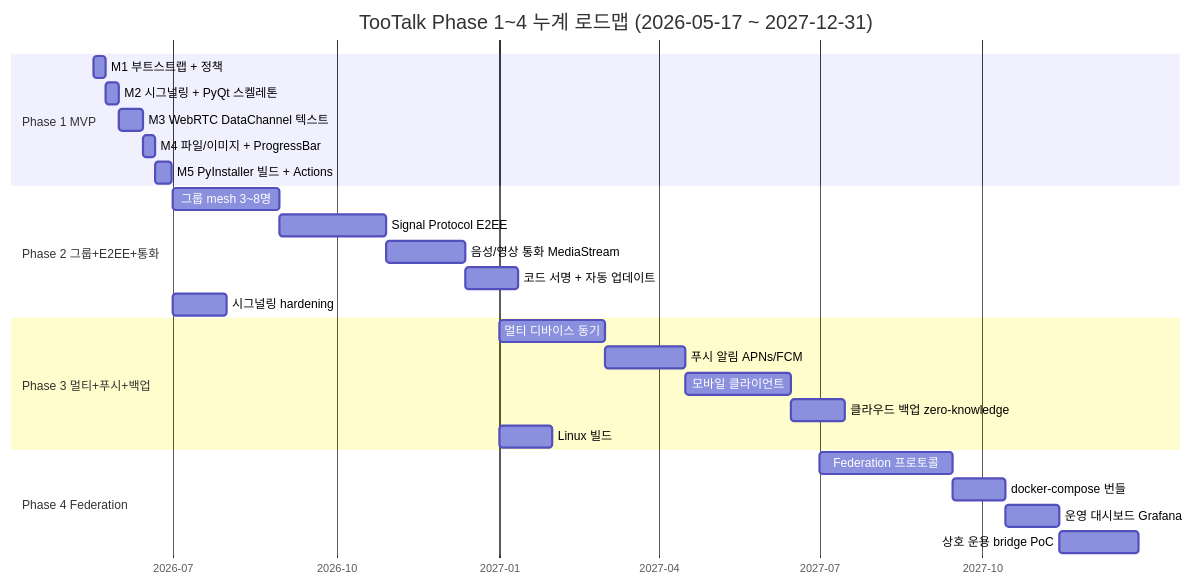
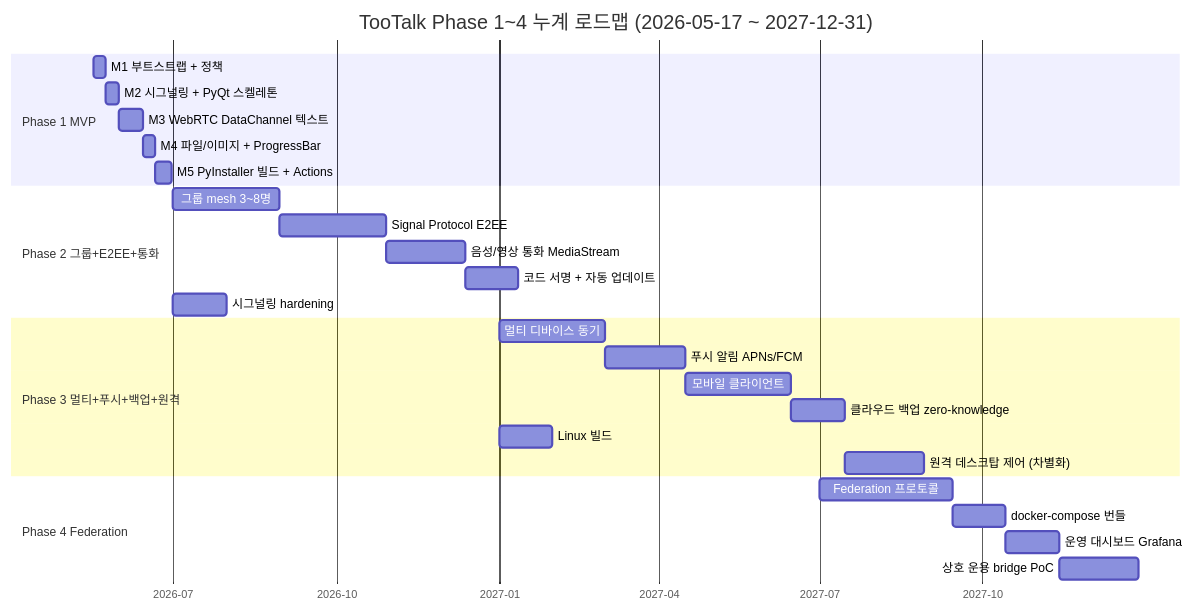
Before and after one commit to oneticket99/p2p_msg: the first of 2 diagrams in PLANS.md, drawn with Mermaid. The commit also changed other lines of this file and 2 other files, not shown here.

First line of the commit message:
docs(plans): §3~§10 drift 회수 — Phase 3 원격 제어 + §10 에이전트 정정

````diff
--- a/PLANS.md
+++ b/PLANS.md
@@ -100,33 +101,34 @@
 ```mermaid
 gantt
     title TooTalk Phase 1~4 누계 로드맵 (2026-05-17 ~ 2027-12-31)
     dateFormat YYYY-MM-DD
     axisFormat %Y-%m
 
     section Phase 1 MVP
     M1 부트스트랩 + 정책               :p1m1, 2026-05-17, 7d
     M2 시그널링 + PyQt 스켈레톤        :p1m2, after p1m1, 7d
     M3 WebRTC DataChannel 텍스트      :p1m3, after p1m2, 14d
     M4 파일/이미지 + ProgressBar      :p1m4, after p1m3, 7d
     M5 PyInstaller 빌드 + Actions    :p1m5, after p1m4, 9d
 
     section Phase 2 그룹+E2EE+통화
     그룹 mesh 3~8명                   :p2g, 2026-07-01, 60d
     Signal Protocol E2EE             :p2e, after p2g, 60d
     음성/영상 통화 MediaStream        :p2v, after p2e, 45d
     코드 서명 + 자동 업데이트         :p2s, after p2v, 30d
     시그널링 hardening               :p2h, 2026-07-01, 30d
 
-    section Phase 3 멀티+푸시+백업
+    section Phase 3 멀티+푸시+백업+원격
     멀티 디바이스 동기                :p3m, 2027-01-01, 60d
     푸시 알림 APNs/FCM               :p3p, after p3m, 45d
     모바일 클라이언트                 :p3mo, after p3p, 60d
     클라우드 백업 zero-knowledge      :p3b, after p3mo, 30d
     Linux 빌드                       :p3l, 2027-01-01, 30d
+    원격 데스크탑 제어 (차별화)        :p3r, after p3b, 45d
 
     section Phase 4 Federation
     Federation 프로토콜               :p4f, 2027-07-01, 75d
     docker-compose 번들              :p4d, after p4f, 30d
     운영 대시보드 Grafana            :p4o, after p4d, 30d
     상호 운용 bridge PoC             :p4i, after p4o, 45d
 ```
````
